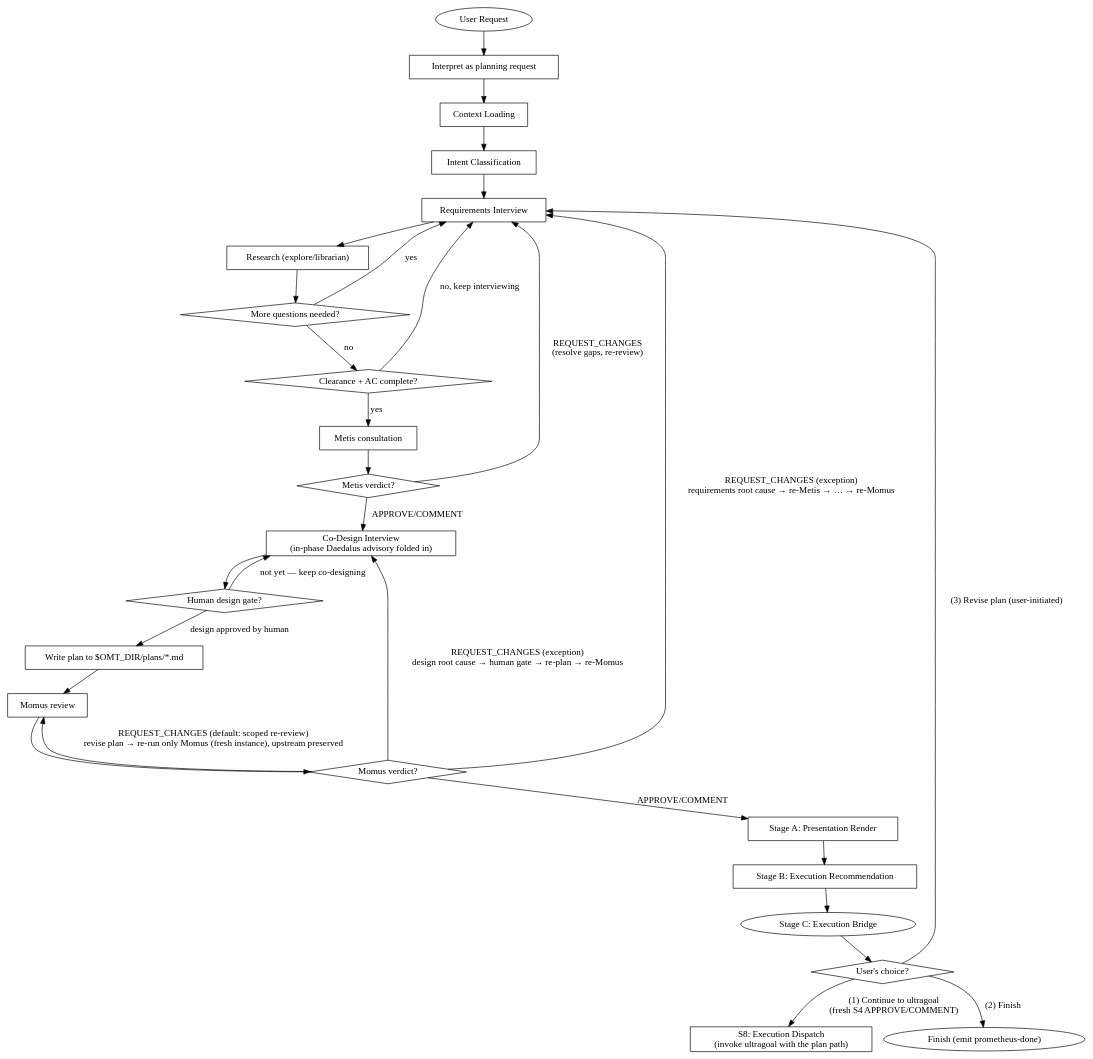
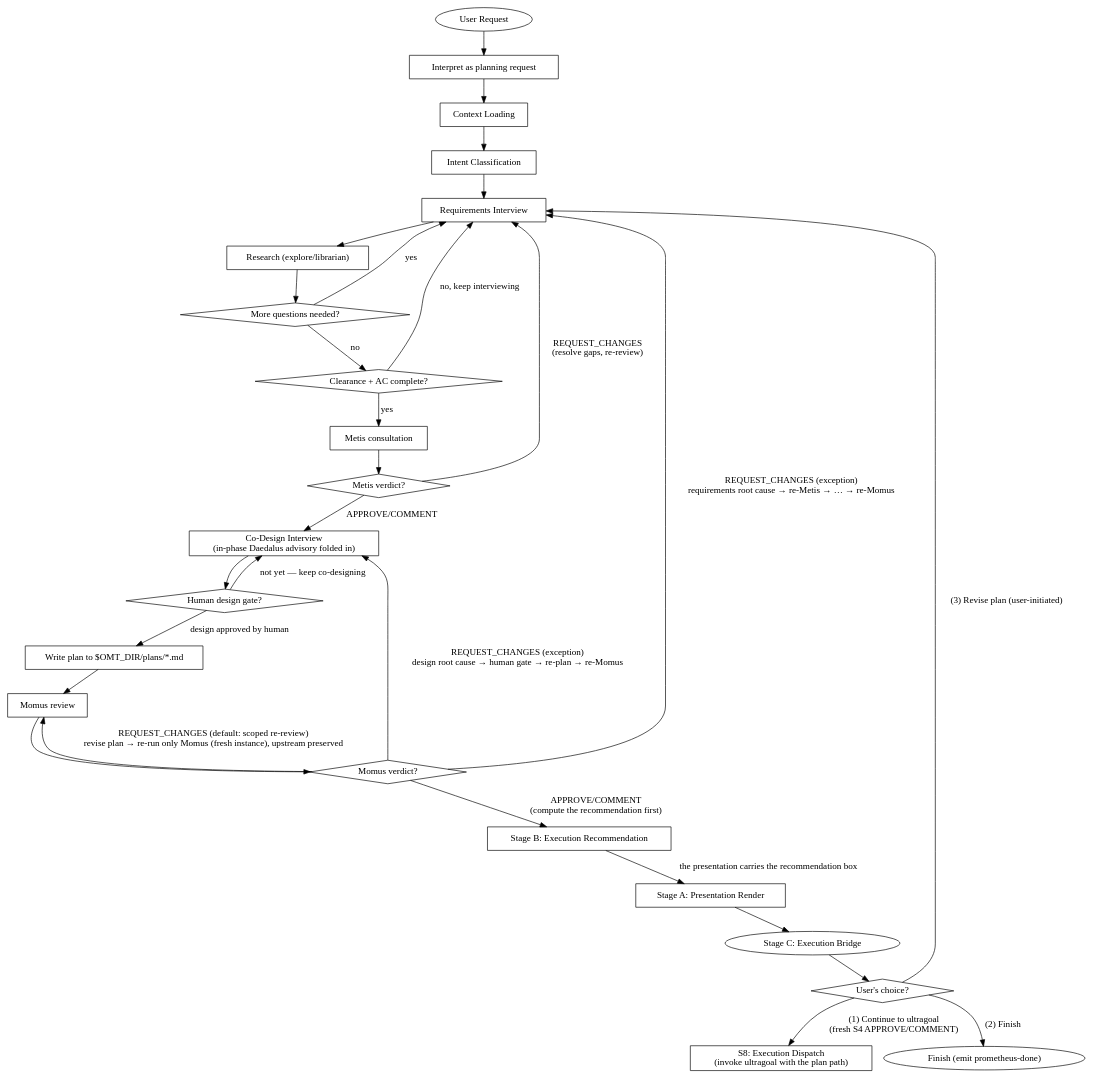
One commit to toongri/oh-my-toong-playground changed the diagram in skills/prometheus/SKILL.md. Above: the diagram before and after it, drawn with Graphviz. The commit also changed other lines of this file and 6 other files, not shown here.

````diff
--- a/skills/prometheus/SKILL.md
+++ b/skills/prometheus/SKILL.md
@@ -68,55 +68,55 @@
 ```dot
 digraph prometheus_flow {
     rankdir=TB;
     "User Request" [shape=ellipse];
     "Interpret as planning request" [shape=box];
     "Context Loading" [shape=box];
     "Intent Classification" [shape=box];
     "Requirements Interview" [shape=box];
     "Research (explore/librarian)" [shape=box];
     "More questions needed?" [shape=diamond];
     "Clearance + AC complete?" [shape=diamond];
     "Metis consultation" [shape=box];
     "Metis verdict?" [shape=diamond];
     "Co-Design Interview\n(in-phase Daedalus advisory folded in)" [shape=box];
     "Human design gate?" [shape=diamond];
     "Write plan to $OMT_DIR/plans/*.md" [shape=box];
     "Momus review" [shape=box];
     "Momus verdict?" [shape=diamond];
     "Stage A: Presentation Render" [shape=box];
     "Stage B: Execution Recommendation" [shape=box];
     "Stage C: Execution Bridge" [shape=ellipse];
     "User's choice?" [shape=diamond];
     "S8: Execution Dispatch\n(invoke ultragoal with the plan path)" [shape=box];
     "Finish (emit prometheus-done)" [shape=ellipse];
 
     "User Request" -> "Interpret as planning request";
     "Interpret as planning request" -> "Context Loading";
     "Context Loading" -> "Intent Classification";
     "Intent Classification" -> "Requirements Interview";
     "Requirements Interview" -> "Research (explore/librarian)";
     "Research (explore/librarian)" -> "More questions needed?";
     "More questions needed?" -> "Requirements Interview" [label="yes"];
     "More questions needed?" -> "Clearance + AC complete?" [label="no"];
     "Clearance + AC complete?" -> "Requirements Interview" [label="no, keep interviewing"];
     "Clearance + AC complete?" -> "Metis consultation" [label="yes"];
     "Metis consultation" -> "Metis verdict?";
     "Metis verdict?" -> "Requirements Interview" [label="REQUEST_CHANGES\n(resolve gaps, re-review)"];
     "Metis verdict?" -> "Co-Design Interview\n(in-phase Daedalus advisory folded in)" [label="APPROVE/COMMENT"];
     "Co-Design Interview\n(in-phase Daedalus advisory folded in)" -> "Human design gate?";
     "Human design gate?" -> "Co-Design Interview\n(in-phase Daedalus advisory folded in)" [label="not yet — keep co-designing"];
     "Human design gate?" -> "Write plan to $OMT_DIR/plans/*.md" [label="design approved by human"];
     "Write plan to $OMT_DIR/plans/*.md" -> "Momus review";
     "Momus review" -> "Momus verdict?";
     "Momus verdict?" -> "Momus review" [label="REQUEST_CHANGES (default: scoped re-review)\nrevise plan → re-run only Momus (fresh instance), upstream preserved"];
     "Momus verdict?" -> "Requirements Interview" [label="REQUEST_CHANGES (exception)\nrequirements root cause → re-Metis → … → re-Momus"];
     "Momus verdict?" -> "Co-Design Interview\n(in-phase Daedalus advisory folded in)" [label="REQUEST_CHANGES (exception)\ndesign root cause → human gate → re-plan → re-Momus"];
-    "Momus verdict?" -> "Stage A: Presentation Render" [label="APPROVE/COMMENT"];
-    "Stage A: Presentation Render" -> "Stage B: Execution Recommendation";
-    "Stage B: Execution Recommendation" -> "Stage C: Execution Bridge";
+    "Momus verdict?" -> "Stage B: Execution Recommendation" [label="APPROVE/COMMENT\n(compute the recommendation first)"];
+    "Stage B: Execution Recommendation" -> "Stage A: Presentation Render" [label="the presentation carries the recommendation box"];
+    "Stage A: Presentation Render" -> "Stage C: Execution Bridge";
     "Stage C: Execution Bridge" -> "User's choice?";
     "User's choice?" -> "S8: Execution Dispatch\n(invoke ultragoal with the plan path)" [label="(1) Continue to ultragoal\n(fresh S4 APPROVE/COMMENT)"];
     "User's choice?" -> "Finish (emit prometheus-done)" [label="(2) Finish"];
     "User's choice?" -> "Requirements Interview" [label="(3) Revise plan (user-initiated)"];
 }
 ```
````
